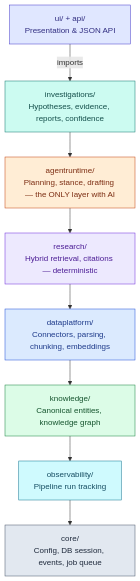
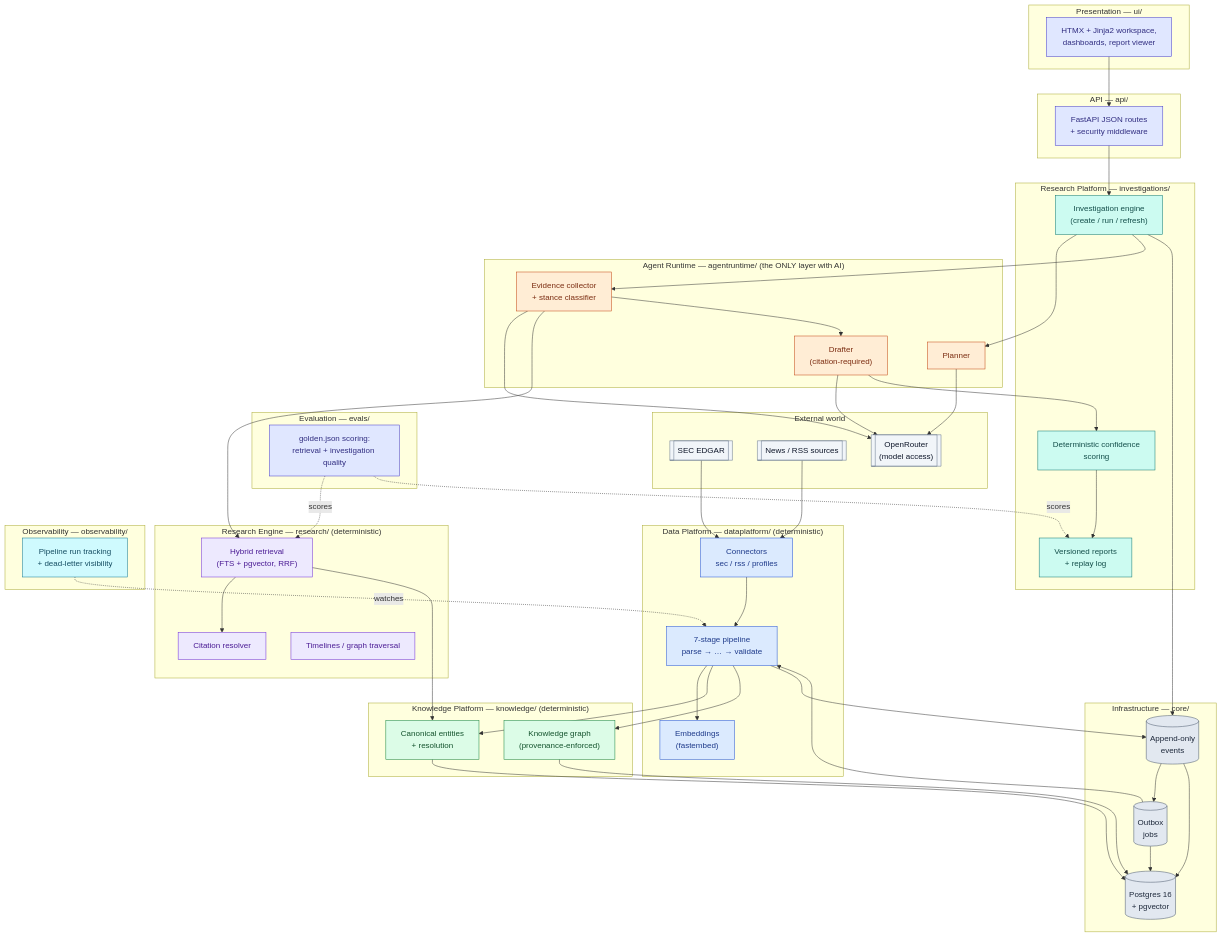
Before and after one commit to Sri-Krishna-V/argus: the first of 3 diagrams in README.md, drawn with Mermaid. The commit also changed other lines of this file, not shown here.

Commit message:
Enhance README.md: Expand project overview, architecture details, and engineering highlights

````diff
--- a/README.md
+++ b/README.md
@@ -21,15 +51,85 @@
 ```mermaid
-flowchart TD
-    A["ui/ + api/\nPresentation & JSON API"]
-    B["investigations/\nHypotheses, evidence, reports, confidence"]
-    C["agentruntime/\nPlanning, stance, drafting — the ONLY layer with AI"]
-    D["research/\nHybrid retrieval, citations — deterministic"]
-    E["dataplatform/\nConnectors, parsing, chunking, embeddings"]
-    F["knowledge/\nCanonical entities, knowledge graph"]
-    G["observability/\nPipeline run tracking"]
-    H["core/\nConfig, DB session, events, job queue"]
+flowchart TB
+    subgraph EXT["External world"]
+        sec[["SEC EDGAR"]]
+        rss[["News / RSS sources"]]
+        llm[["OpenRouter\n(model access)"]]
+    end
 
-    A -->|imports| B --> C --> D --> E --> F --> G --> H
+    subgraph L1["Presentation — ui/"]
+        ui["HTMX + Jinja2 workspace,\ndashboards, report viewer"]
+    end
+
+    subgraph L2["API — api/"]
+        api["FastAPI JSON routes\n+ security middleware"]
+    end
+
+    subgraph LE["Evaluation — evals/"]
+        evalset["golden.json scoring:\nretrieval + investigation quality"]
+    end
+
+    subgraph L3["Research Platform — investigations/"]
+        iengine["Investigation engine\n(create / run / refresh)"]
+        confidence["Deterministic confidence\nscoring"]
+        reportstore["Versioned reports\n+ replay log"]
+    end
+
+    subgraph L4["Agent Runtime — agentruntime/ (the ONLY layer with AI)"]
+        planner["Planner"]
+        evidencecollect["Evidence collector\n+ stance classifier"]
+        drafter["Drafter\n(citation-required)"]
+    end
+
+    subgraph L5["Research Engine — research/ (deterministic)"]
+        retrieval["Hybrid retrieval\n(FTS + pgvector, RRF)"]
+        citations["Citation resolver"]
+        timeline["Timelines / graph traversal"]
+    end
+
+    subgraph L6["Data Platform — dataplatform/ (deterministic)"]
+        connectors["Connectors\nsec / rss / profiles"]
+        pipeline["7-stage pipeline\nparse → … → validate"]
+        embeddings["Embeddings\n(fastembed)"]
+    end
+
+    subgraph L7["Knowledge Platform — knowledge/ (deterministic)"]
+        entities["Canonical entities\n+ resolution"]
+        kgraph["Knowledge graph\n(provenance-enforced)"]
+    end
+
+    subgraph L8["Observability — observability/"]
+        pipelineruns["Pipeline run tracking\n+ dead-letter visibility"]
+    end
+
+    subgraph L9["Infrastructure — core/"]
+        events[("Append-only\nevents")]
+        jobs[("Outbox\njobs")]
+        db[("Postgres 16\n+ pgvector")]
+    end
+
+    sec --> connectors
+    rss --> connectors
+    ui --> api --> iengine
+    iengine --> planner --> llm
+    evidencecollect --> llm
+    drafter --> llm
+    iengine --> evidencecollect --> retrieval
+    evidencecollect --> drafter --> confidence --> reportstore
+    retrieval --> citations
+    retrieval --> entities
+    connectors --> pipeline --> embeddings
+    pipeline --> entities
+    pipeline --> kgraph
+    pipeline --> events
+    iengine --> events
+    events --> jobs --> pipeline
+    pipelineruns -.->|watches| pipeline
+    evalset -.->|scores| retrieval
+    evalset -.->|scores| reportstore
+    entities --> db
+    kgraph --> db
+    events --> db
+    jobs --> db
 
     classDef apiui fill:#e0e7ff,stroke:#4338ca,color:#312e81;
     classDef investigations fill:#ccfbf1,stroke:#0f766e,color:#134e4a;
@@ -39,12 +139,16 @@
     classDef knowledge fill:#dcfce7,stroke:#15803d,color:#14532d;
     classDef observability fill:#cffafe,stroke:#0e7490,color:#164e63;
     classDef core fill:#e2e8f0,stroke:#475569,color:#1e293b;
-    class A apiui
-    class B investigations
-    class C agentruntime
-    class D research
-    class E dataplatform
-    class F knowledge
-    class G observability
-    class H core
+    classDef ext fill:#f1f5f9,stroke:#64748b,color:#0f172a;
+
+    class ui,api apiui
+    class evalset apiui
+    class iengine,confidence,reportstore investigations
+    class planner,evidencecollect,drafter agentruntime
+    class retrieval,citations,timeline research
+    class connectors,pipeline,embeddings dataplatform
+    class entities,kgraph knowledge
+    class pipelineruns observability
+    class events,jobs,db core
+    class sec,rss,llm ext
 ```
````
